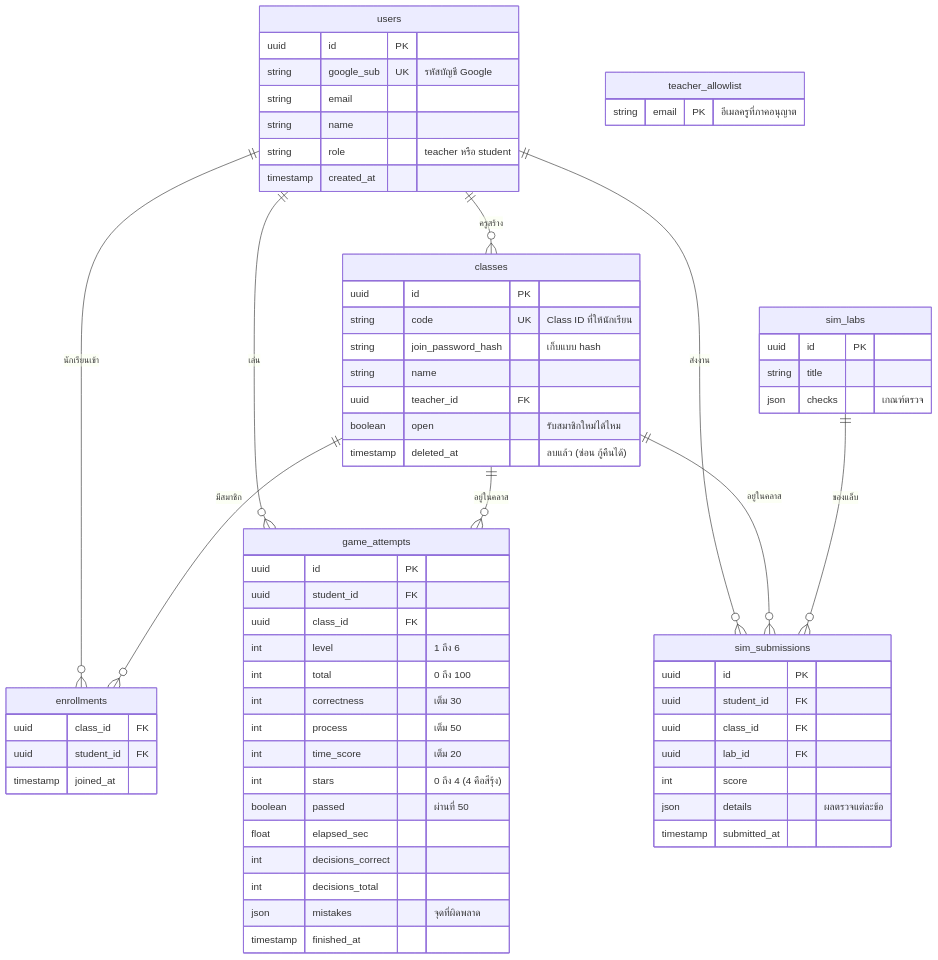
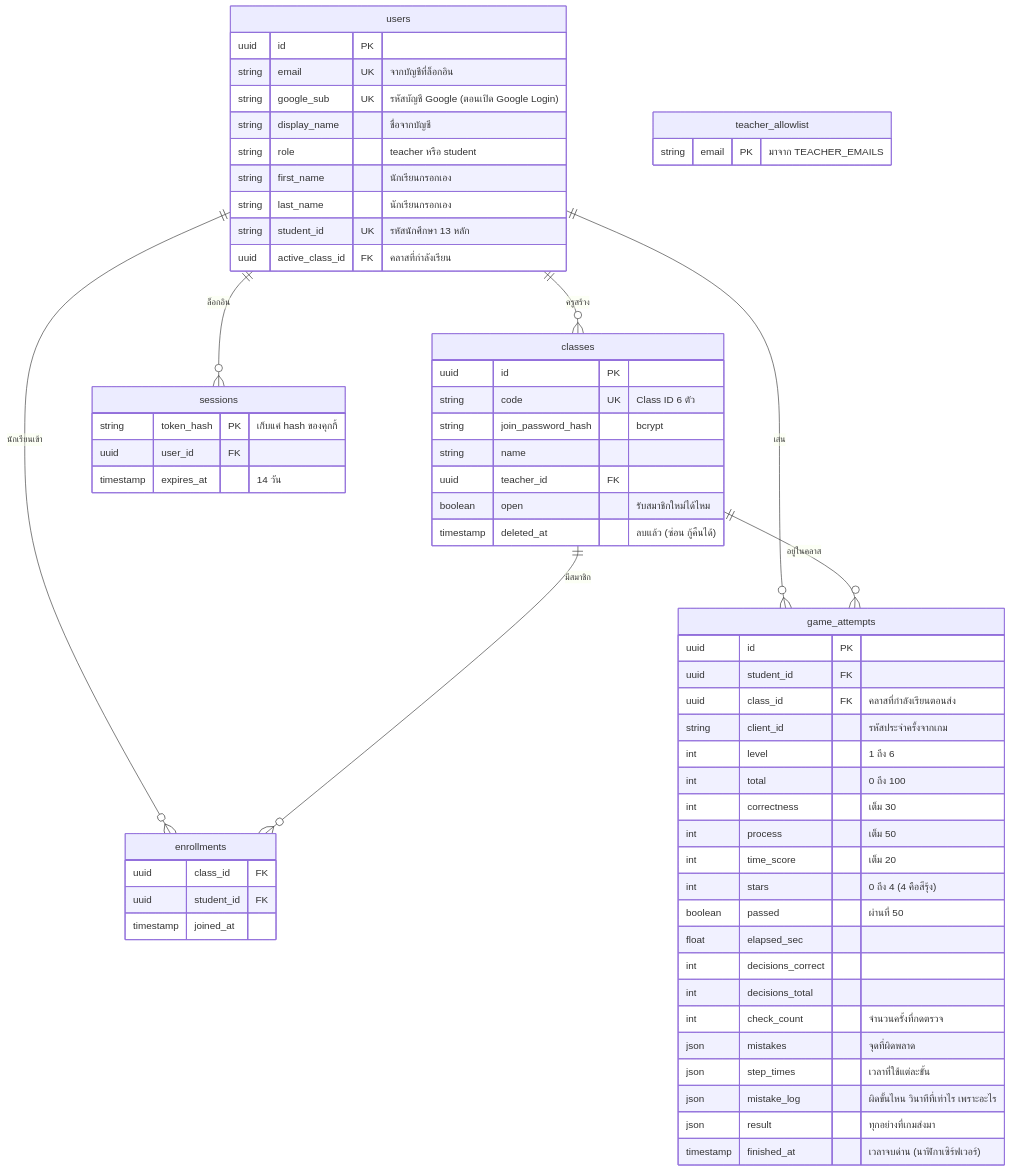
One commit to s6802041510091-stack/NetSim3D changed the fifth of 6 diagrams in เว็บไซต์/README.md. Above: the diagram before and after it, drawn with Mermaid. The commit also changed other lines of this file and 1 other file, not shown here.

````diff
--- a/เว็บไซต์/README.md
+++ b/เว็บไซต์/README.md
@@ -161,67 +196,64 @@
 ```mermaid
 erDiagram
   users ||--o{ classes : "ครูสร้าง"
   users ||--o{ enrollments : "นักเรียนเข้า"
   classes ||--o{ enrollments : "มีสมาชิก"
+  users ||--o{ sessions : "ล็อกอิน"
   users ||--o{ game_attempts : "เล่น"
   classes ||--o{ game_attempts : "อยู่ในคลาส"
-  users ||--o{ sim_submissions : "ส่งงาน"
-  classes ||--o{ sim_submissions : "อยู่ในคลาส"
-  sim_labs ||--o{ sim_submissions : "ของแล็บ"
   users {
     uuid id PK
-    string google_sub UK "รหัสบัญชี Google"
-    string email
-    string name
+    string email UK "จากบัญชีที่ล็อกอิน"
+    string google_sub UK "รหัสบัญชี Google (ตอนเปิด Google Login)"
+    string display_name "ชื่อจากบัญชี"
     string role "teacher หรือ student"
-    timestamp created_at
+    string first_name "นักเรียนกรอกเอง"
+    string last_name "นักเรียนกรอกเอง"
+    string student_id UK "รหัสนักศึกษา 13 หลัก"
+    uuid active_class_id FK "คลาสที่กำลังเรียน"
   }
   teacher_allowlist {
-    string email PK "อีเมลครูที่ภาคอนุญาต"
+    string email PK "มาจาก TEACHER_EMAILS"
+  }
+  sessions {
+    string token_hash PK "เก็บแค่ hash ของคุกกี้"
+    uuid user_id FK
+    timestamp expires_at "14 วัน"
   }
   classes {
     uuid id PK
-    string code UK "Class ID ที่ให้นักเรียน"
-    string join_password_hash "เก็บแบบ hash"
+    string code UK "Class ID 6 ตัว"
+    string join_password_hash "bcrypt"
     string name
     uuid teacher_id FK
     boolean open "รับสมาชิกใหม่ได้ไหม"
     timestamp deleted_at "ลบแล้ว (ซ่อน กู้คืนได้)"
   }
   enrollments {
     uuid class_id FK
     uuid student_id FK
     timestamp joined_at
   }
   game_attempts {
     uuid id PK
     uuid student_id FK
-    uuid class_id FK
+    uuid class_id FK "คลาสที่กำลังเรียนตอนส่ง"
+    string client_id "รหัสประจำครั้งจากเกม"
     int level "1 ถึง 6"
     int total "0 ถึง 100"
     int correctness "เต็ม 30"
     int process "เต็ม 50"
     int time_score "เต็ม 20"
     int stars "0 ถึง 4 (4 คือสีรุ้ง)"
     boolean passed "ผ่านที่ 50"
     float elapsed_sec
     int decisions_correct
     int decisions_total
+    int check_count "จำนวนครั้งที่กดตรวจ"
     json mistakes "จุดที่ผิดพลาด"
-    timestamp finished_at
-  }
-  sim_labs {
-    uuid id PK
-    string title
-    json checks "เกณฑ์ตรวจ"
-  }
-  sim_submissions {
-    uuid id PK
-    uuid student_id FK
-    uuid class_id FK
-    uuid lab_id FK
-    int score
-    json details "ผลตรวจแต่ละข้อ"
-    timestamp submitted_at
+    json step_times "เวลาที่ใช้แต่ละขั้น"
+    json mistake_log "ผิดขั้นไหน วินาทีที่เท่าไร เพราะอะไร"
+    json result "ทุกอย่างที่เกมส่งมา"
+    timestamp finished_at "เวลาจบด่าน (นาฬิกาเซิร์ฟเวอร์)"
   }
 ```
````
